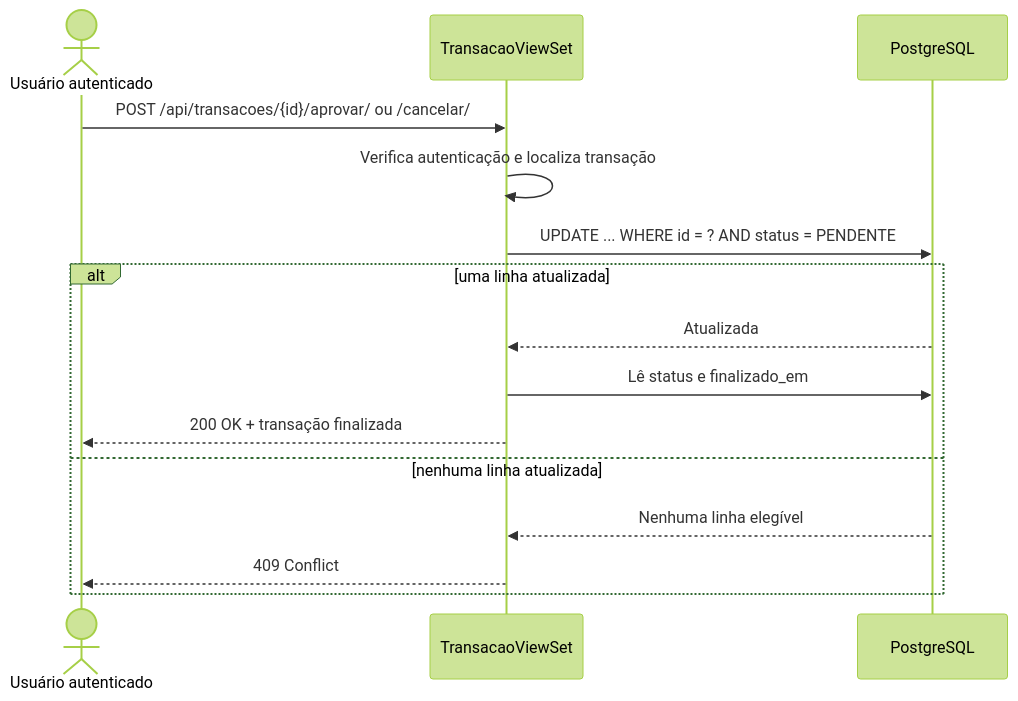
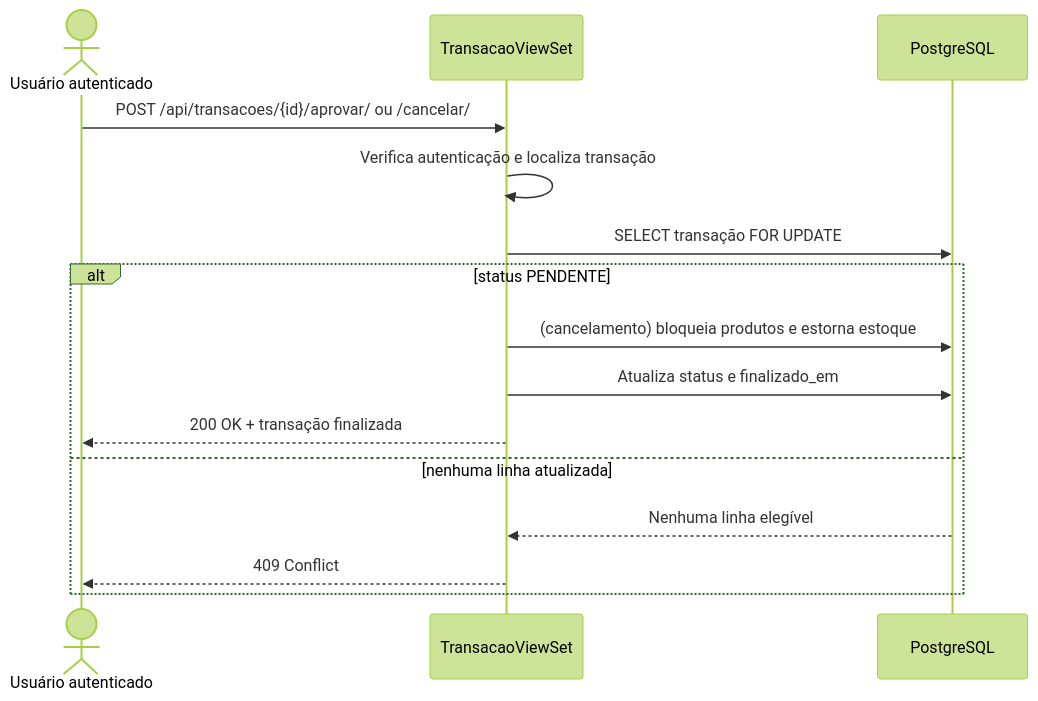
One commit to Projetos-de-Extensao/PC_CDIA_26.2_8001_III changed the second of 4 diagrams in docs/Elaboracao/seq_com.md. Above: the diagram before and after it, drawn with Mermaid (forest theme). The commit also changed other lines of this file and 6 other files, not shown here.

````diff
--- a/docs/Elaboracao/seq_com.md
+++ b/docs/Elaboracao/seq_com.md
@@ -39,18 +41,18 @@
 ```mermaid
 sequenceDiagram
     actor Operador as Usuário autenticado
     participant API as TransacaoViewSet
     participant DB as PostgreSQL
 
     Operador->>API: POST /api/transacoes/{id}/aprovar/ ou /cancelar/
     API->>API: Verifica autenticação e localiza transação
-    API->>DB: UPDATE ... WHERE id = ? AND status = PENDENTE
-    alt uma linha atualizada
-        DB-->>API: Atualizada
-        API->>DB: Lê status e finalizado_em
+    API->>DB: SELECT transação FOR UPDATE
+    alt status PENDENTE
+        API->>DB: (cancelamento) bloqueia produtos e estorna estoque
+        API->>DB: Atualiza status e finalizado_em
         API-->>Operador: 200 OK + transação finalizada
     else nenhuma linha atualizada
         DB-->>API: Nenhuma linha elegível
         API-->>Operador: 409 Conflict
     end
 ```
````
